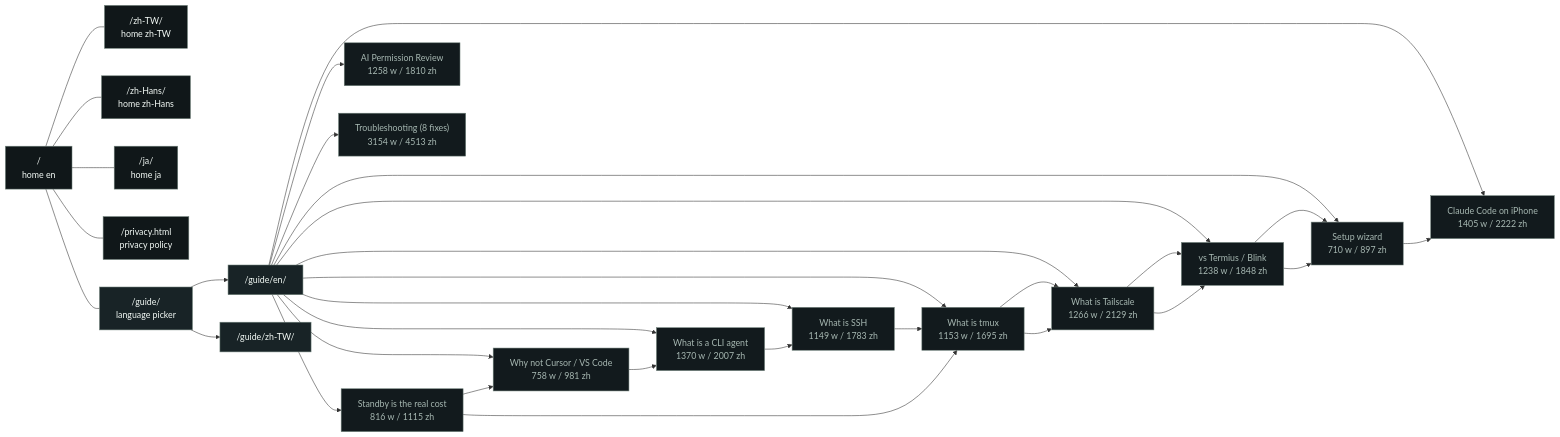
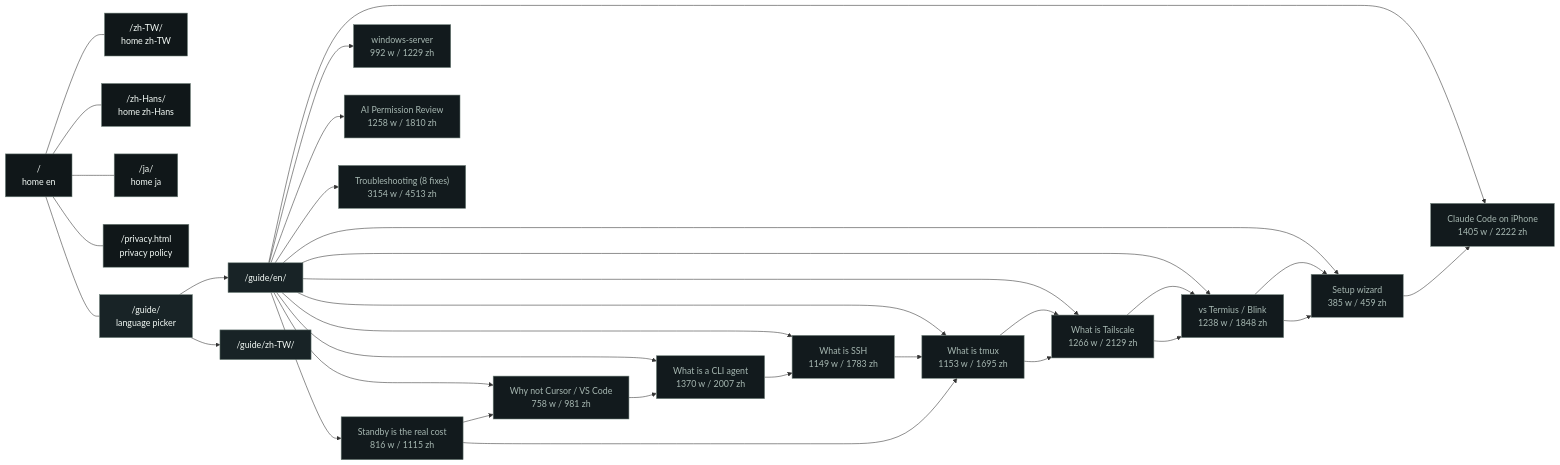
Before and after one commit to saxlamen/Agentmux-site: the diagram in SITE_MAP.md, drawn with Mermaid. The commit also changed other lines of this file and 18 other files, not shown here.

````diff
--- a/SITE_MAP.md
+++ b/SITE_MAP.md
@@ -44,44 +46,45 @@
 ```mermaid
 graph LR
   H["/<br>home en"]:::home
   homezhtw["/zh-TW/<br>home zh-TW"]:::home
   H --- homezhtw
   homezhhans["/zh-Hans/<br>home zh-Hans"]:::home
   H --- homezhhans
   homeja["/ja/<br>home ja"]:::home
   H --- homeja
   privacypolicy["/privacy.html<br>privacy policy"]:::home
   H --- privacypolicy
   G["/guide/<br>language picker"]:::hub
   H --- G
   EN["/guide/en/"]:::hub
   ZH["/guide/zh-TW/"]:::hub
   G --> EN
   G --> ZH
   EN --> whyremotevibecoding["Standby is the real cost<br>816 w / 1115 zh"]:::art
   EN --> whynotguiide["Why not Cursor / VS Code<br>758 w / 981 zh"]:::art
   EN --> whatiscli["What is a CLI agent<br>1370 w / 2007 zh"]:::art
   EN --> whatisssh["What is SSH<br>1149 w / 1783 zh"]:::art
   EN --> whatistmux["What is tmux<br>1153 w / 1695 zh"]:::art
   EN --> whatistailscale["What is Tailscale<br>1266 w / 2129 zh"]:::art
   EN --> whyagentmux["vs Termius / Blink<br>1238 w / 1848 zh"]:::art
-  EN --> setup["Setup wizard<br>710 w / 897 zh"]:::art
+  EN --> setup["Setup wizard<br>385 w / 459 zh"]:::art
+  EN --> windowsserver["windows-server<br>992 w / 1229 zh"]:::art
   EN --> claudecodeoniphone["Claude Code on iPhone<br>1405 w / 2222 zh"]:::art
   EN --> permissionreview["AI Permission Review<br>1258 w / 1810 zh"]:::art
   EN --> troubleshooting["Troubleshooting (8 fixes)<br>3154 w / 4513 zh"]:::art
   whyremotevibecoding --> whynotguiide
   whynotguiide --> whatiscli
   whatiscli --> whatisssh
   whatisssh --> whatistmux
   whatistmux --> whatistailscale
   whatistailscale --> whyagentmux
   whyagentmux --> setup
   whyremotevibecoding --> whatistmux
   whatistmux --> whatistailscale
   whatistailscale --> whyagentmux
   whyagentmux --> setup
   setup --> claudecodeoniphone
   classDef home fill:#101719,color:#f4fbf7,stroke:#6f817a;
   classDef hub fill:#182326,color:#f4fbf7,stroke:#6f817a;
   classDef art fill:#121a1d,color:#a7b8b2,stroke:#6f817a;
 ```
````
